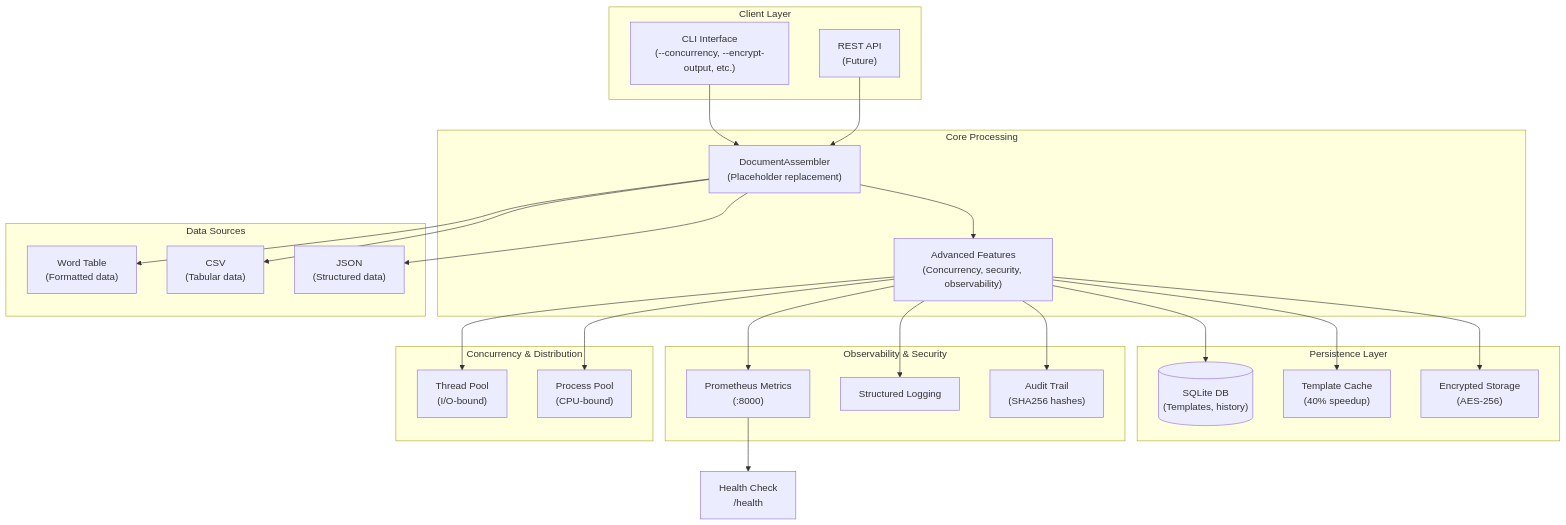
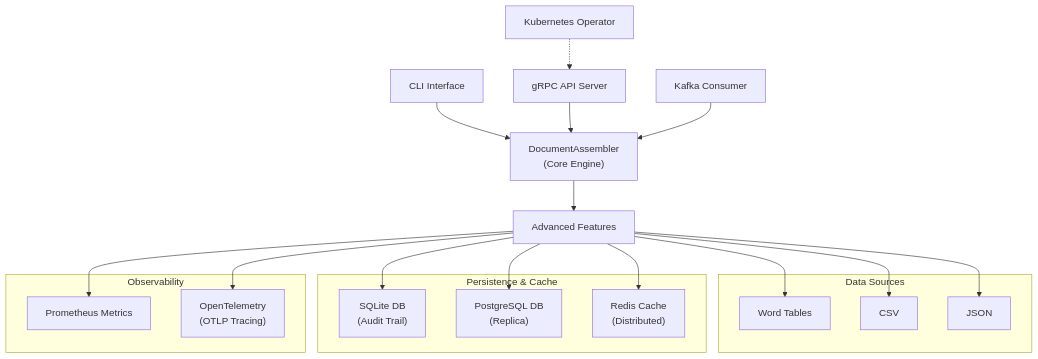
Before and after one commit to PC-User-Guest/document-assembly-tool: the first of 3 diagrams in docs/architecture.md, drawn with Mermaid. The commit also changed other lines of this file and 52 other files, not shown here.

Commit message:
Implement enterprise enhancements: Redis cache, gRPC API, Kafka, K8s operator, failover, and tracing

````diff
--- a/docs/architecture.md
+++ b/docs/architecture.md
@@ -9,55 +5,34 @@
 ```mermaid
 graph TB
-    subgraph "Client Layer"
-        CLI["CLI Interface<br/>(--concurrency, --encrypt-output, etc.)"]
-        API["REST API<br/>(Future)"]
+    CLI["CLI Interface"]
+    GRPC["gRPC API Server"]
+    KAFKA_C["Kafka Consumer"]
+    OPERATOR["Kubernetes Operator"]
+    
+    DA["DocumentAssembler<br/>(Core Engine)"]
+    AF["Advanced Features"]
+    
+    subgraph "Data Sources"
+        WORD["Word Tables"]
+        CSV["CSV"]
+        JSON["JSON"]
     end
     
-    subgraph "Core Processing"
-        DA["DocumentAssembler<br/>(Placeholder replacement)"]
-        AF["Advanced Features<br/>(Concurrency, security, observability)"]
+    subgraph "Persistence & Cache"
+        SQLITE_DB["SQLite DB<br/>(Audit Trail)"]
+        POSTGRES_DB["PostgreSQL DB<br/>(Replica)"]
+        REDIS_CACHE["Redis Cache<br/>(Distributed)"]
     end
     
-    subgraph "Data Sources"
-        WORD["Word Table<br/>(Formatted data)"]
-        CSV["CSV<br/>(Tabular data)"]
-        JSON["JSON<br/>(Structured data)"]
+    subgraph "Observability"
+        PROM["Prometheus Metrics"]
+        OTEL["OpenTelemetry<br/>(OTLP Tracing)"]
     end
     
-    subgraph "Persistence Layer"
-        DB[("SQLite DB<br/>(Templates, history)")]
-        CACHE["Template Cache<br/>(40% speedup)"]
-        ENC["Encrypted Storage<br/>(AES-256)"]
-    end
-    
-    subgraph "Observability & Security"
-        PROM["Prometheus Metrics<br/>(:8000)"]
-        LOG["Structured Logging"]
-        HASH["Audit Trail<br/>(SHA256 hashes)"]
-    end
-    
-    subgraph "Concurrency & Distribution"
-        TH["Thread Pool<br/>(I/O-bound)"]
-        MP["Process Pool<br/>(CPU-bound)"]
-    end
-    
-    CLI --> DA
-    API --> DA
+    CLI & GRPC & KAFKA_C --> DA
     DA --> AF
-    AF --> TH
-    AF --> MP
-    
-    DA --> WORD
-    DA --> CSV
-    DA --> JSON
-    
-    AF --> DB
-    AF --> CACHE
-    AF --> ENC
-    
-    AF --> PROM
-    AF --> LOG
-    AF --> HASH
-    
-    PROM --> HEALTH["Health Check<br/>/health"]
+    AF --> WORD & CSV & JSON
+    AF --> SQLITE_DB & POSTGRES_DB & REDIS_CACHE
+    AF --> PROM & OTEL
+    OPERATOR -.-> GRPC
 ```
````
